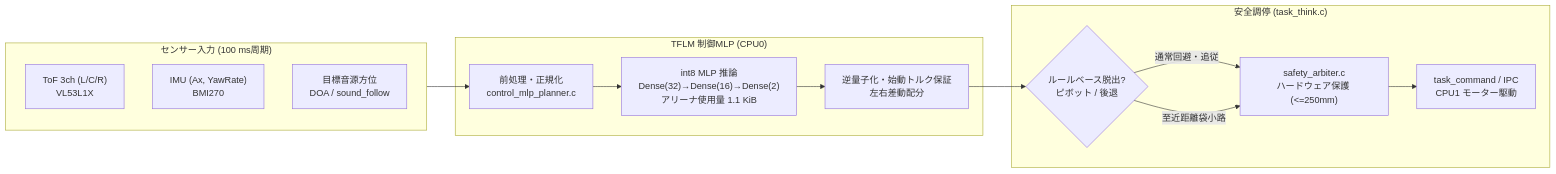
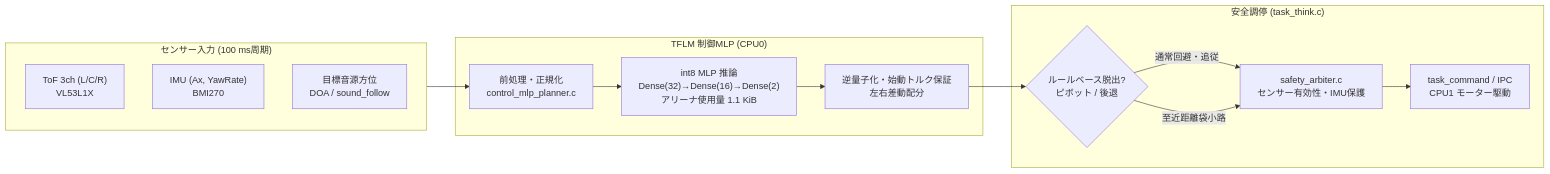
The diagram in docs/firmware/edgeai/control_mlp_avoidance.md (horned128/sound-exploration-rover), drawn with Mermaid before and after one commit. The commit also changed 52 other files, not shown here.

````diff
--- a/docs/firmware/edgeai/control_mlp_avoidance.md
+++ b/docs/firmware/edgeai/control_mlp_avoidance.md
@@ -11,28 +11,28 @@
 ```mermaid
 graph LR
     subgraph Sensors ["センサー入力 (100 ms周期)"]
         TOF["ToF 3ch (L/C/R)<br/>VL53L1X"]
         IMU["IMU (Ax, YawRate)<br/>BMI270"]
         GOAL["目標音源方位<br/>DOA / sound_follow"]
     end
 
     subgraph MLP ["TFLM 制御MLP (CPU0)"]
         PRE["前処理・正規化<br/>control_mlp_planner.c"]
         TFLM_CORE["int8 MLP 推論<br/>Dense(32)→Dense(16)→Dense(2)<br/>アリーナ使用量 1.1 KiB"]
         POST["逆量子化・始動トルク保証<br/>左右差動配分"]
     end
 
     subgraph Safety ["安全調停 (task_think.c)"]
         ESCAPE{"ルールベース脱出?<br/>ピボット / 後退"}
-        ARBITER["safety_arbiter.c<br/>ハードウェア保護 (<=250mm)"]
+        ARBITER["safety_arbiter.c<br/>センサー有効性・IMU保護"]
         CMD["task_command / IPC<br/>CPU1 モーター駆動"]
     end
 
     Sensors --> PRE
     PRE --> TFLM_CORE
     TFLM_CORE --> POST
     POST --> ESCAPE
     ESCAPE -- "通常回避・追従" --> ARBITER
     ESCAPE -- "至近距離袋小路" --> ARBITER
     ARBITER --> CMD
 ```
````
